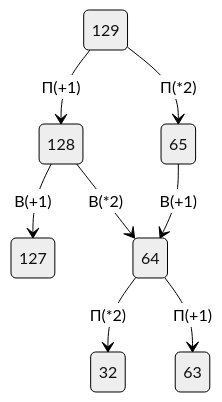
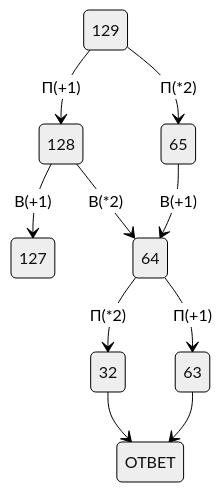
One commit to W1zard70r/Miniature-chainsaw changed the second of 2 diagrams in Resheni9.md. Above: the diagram before and after it, drawn with Mermaid (neutral theme).

````diff
--- a/Resheni9.md
+++ b/Resheni9.md
@@ -27,10 +27,12 @@
 ```mermaid
 stateDiagram-v2
     129 --> 128:П(+1)
     129 --> 65:П(*2)
     128 --> 127:В(+1)
     128 --> 64:В(*2)
     65 --> 64:В(+1)
     64 --> 32:П(*2)
     64 --> 63:П(+1)
+    32 --> OTВЕТ
+    63 --> OTВЕТ
 ```
````
